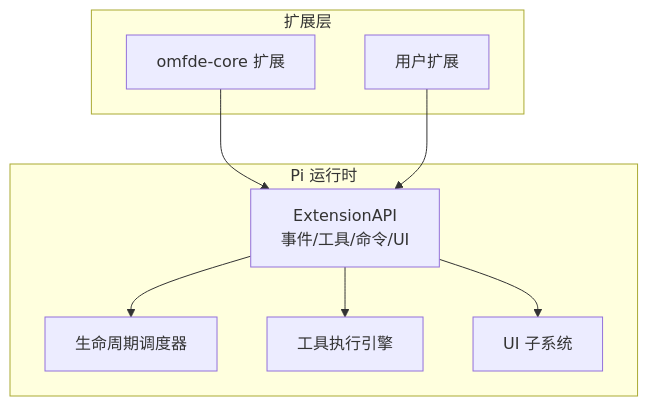
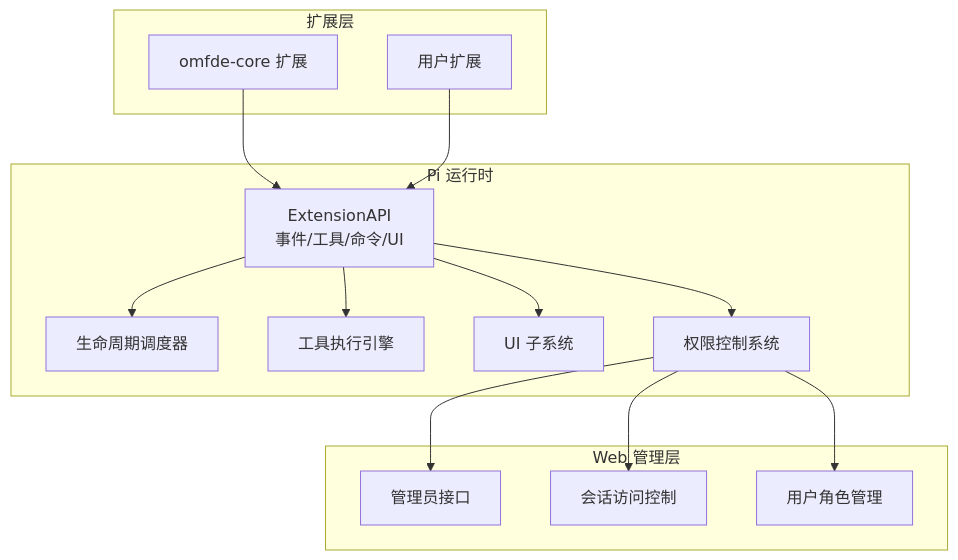
Before and after one commit to FDE-GROUP/oh-my-coding-agent: the second of 10 diagrams in .qoder/repowiki/zh/content/扩展开发/扩展开发.md, drawn with Mermaid. The commit also changed other lines of this file and 410 other files, not shown here.

````diff
--- a/.qoder/repowiki/zh/content/扩展开发/扩展开发.md
+++ b/.qoder/repowiki/zh/content/扩展开发/扩展开发.md
@@ -92,18 +112,28 @@
 ```mermaid
 graph TB
 subgraph "Pi 运行时"
 E["ExtensionAPI<br/>事件/工具/命令/UI"]
 L["生命周期调度器"]
 T["工具执行引擎"]
 U["UI 子系统"]
+P["权限控制系统"]
 end
 subgraph "扩展层"
 X1["omfde-core 扩展"]
 X2["用户扩展"]
+end
+subgraph "Web 管理层"
+A["管理员接口"]
+S["会话访问控制"]
+R["用户角色管理"]
 end
 X1 --> E
 X2 --> E
 E --> L
 E --> T
 E --> U
+E --> P
+P --> A
+P --> S
+P --> R
 ```
````
